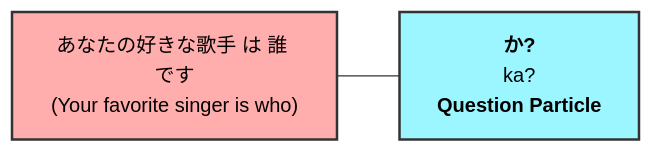
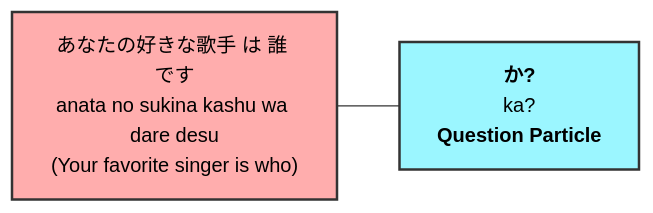
Before and after one commit to shainsethi/n5: diagram 12 of 12 in grammar/grammar-solutions.md, drawn with Mermaid. The commit also changed other lines of this file and 1 other file, not shown here.

Commit message:
feat: add N5 grammar reference and practice solution files with Mermaid diagrams

````diff
--- a/grammar/grammar-solutions.md
+++ b/grammar/grammar-solutions.md
@@ -166,6 +166,6 @@
 ```mermaid
 graph LR
-    Aff["あなたの好きな歌手 は 誰 です<br/>(Your favorite singer is who)"] --- Q["<b>か?</b><br/>ka?<br/><b>Question Particle</b>"]
+    Aff["あなたの好きな歌手 は 誰 です<br/>anata no sukina kashu wa dare desu<br/>(Your favorite singer is who)"] --- Q["<b>か?</b><br/>ka?<br/><b>Question Particle</b>"]
     style Aff fill:#ffadad,stroke:#333,stroke-width:2px,color:#000
     style Q fill:#9bf6ff,stroke:#333,stroke-width:2px,color:#000
 ```
````
